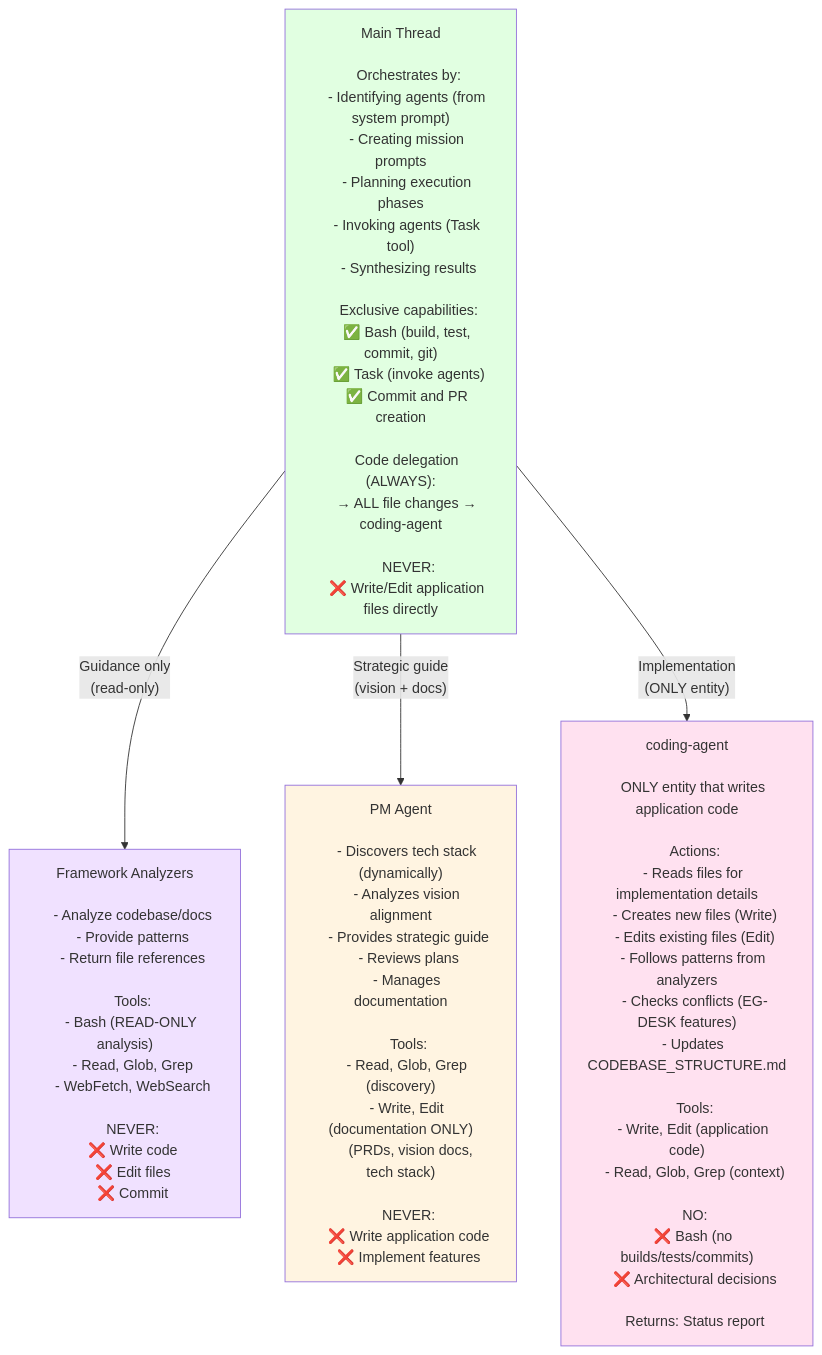
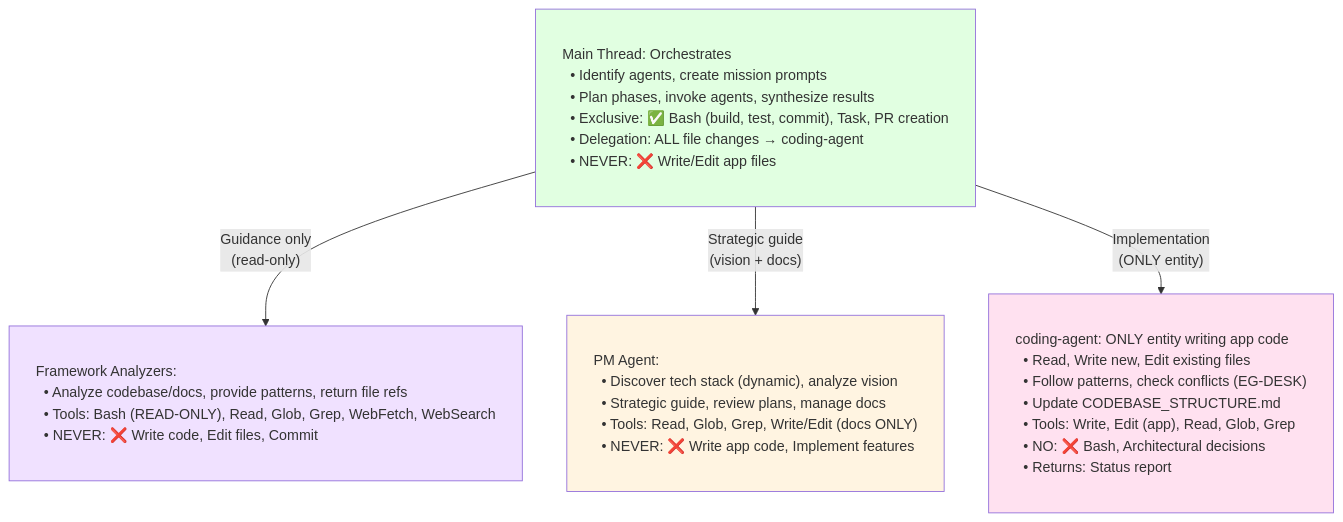
Diagram 12 of 31 in AGENT_SWARM_FLOW_VISUAL.md (QUUS-TheSmallCodeTeam/theia-fork), drawn with Mermaid before and after one commit. The commit also changed other lines of this file, not shown here.

First line of the commit message:
feat: redesign all mermaid diagrams with vertical flow and left-aligned text

````diff
--- a/AGENT_SWARM_FLOW_VISUAL.md
+++ b/AGENT_SWARM_FLOW_VISUAL.md
@@ -1270,82 +1107,39 @@
 ```mermaid
 flowchart TD
-    MT["Main Thread
+    classDef wideBox padding:12px 20px,text-align:left,white-space:pre;
+    classDef wideDecision padding:12px 20px,text-align:left,white-space:pre;
 
-    Orchestrates by:
-    - Identifying agents (from system prompt)
-    - Creating mission prompts
-    - Planning execution phases
-    - Invoking agents (Task tool)
-    - Synthesizing results
+    MT["Main Thread: Orchestrates
+  • Identify agents, create mission prompts
+  • Plan phases, invoke agents, synthesize results
+  • Exclusive: ✅ Bash (build, test, commit), Task, PR creation
+  • Delegation: ALL file changes → coding-agent
+  • NEVER: ❌ Write/Edit app files"]:::wideBox
 
-    Exclusive capabilities:
-    ✅ Bash (build, test, commit, git)
-    ✅ Task (invoke agents)
-    ✅ Commit and PR creation
+    MT -->|"Guidance only
+(read-only)"| Analyzers["Framework Analyzers:
+  • Analyze codebase/docs, provide patterns, return file refs
+  • Tools: Bash (READ-ONLY), Read, Glob, Grep, WebFetch, WebSearch
+  • NEVER: ❌ Write code, Edit files, Commit"]:::wideBox
 
-    Code delegation (ALWAYS):
-    → ALL file changes → coding-agent
+    MT -->|"Strategic guide
+(vision + docs)"| PM["PM Agent:
+  • Discover tech stack (dynamic), analyze vision
+  • Strategic guide, review plans, manage docs
+  • Tools: Read, Glob, Grep, Write/Edit (docs ONLY)
+  • NEVER: ❌ Write app code, Implement features"]:::wideBox
 
-    NEVER:
-    ❌ Write/Edit application files directly"]
-
-    MT -->|"Guidance only<br/>(read-only)"| Analyzers["Framework Analyzers
-
-    - Analyze codebase/docs
-    - Provide patterns
-    - Return file references
-
-    Tools:
-    - Bash (READ-ONLY analysis)
-    - Read, Glob, Grep
-    - WebFetch, WebSearch
-
-    NEVER:
-    ❌ Write code
-    ❌ Edit files
-    ❌ Commit"]
-
-    MT -->|"Strategic guide<br/>(vision + docs)"| PM["PM Agent
-
-    - Discovers tech stack (dynamically)
-    - Analyzes vision alignment
-    - Provides strategic guide
-    - Reviews plans
-    - Manages documentation
-
-    Tools:
-    - Read, Glob, Grep (discovery)
-    - Write, Edit (documentation ONLY)
-      (PRDs, vision docs, tech stack)
-
-    NEVER:
-    ❌ Write application code
-    ❌ Implement features"]
-
-    MT -->|"Implementation<br/>(ONLY entity)"| Coding["coding-agent
-
-    ONLY entity that writes application code
-
-    Actions:
-    - Reads files for implementation details
-    - Creates new files (Write)
-    - Edits existing files (Edit)
-    - Follows patterns from analyzers
-    - Checks conflicts (EG-DESK features)
-    - Updates CODEBASE_STRUCTURE.md
-
-    Tools:
-    - Write, Edit (application code)
-    - Read, Glob, Grep (context)
-
-    NO:
-    ❌ Bash (no builds/tests/commits)
-    ❌ Architectural decisions
-
-    Returns: Status report"]
+    MT -->|"Implementation
+(ONLY entity)"| Coding["coding-agent: ONLY entity writing app code
+  • Read, Write new, Edit existing files
+  • Follow patterns, check conflicts (EG-DESK)
+  • Update CODEBASE_STRUCTURE.md
+  • Tools: Write, Edit (app), Read, Glob, Grep
+  • NO: ❌ Bash, Architectural decisions
+  • Returns: Status report"]:::wideBox
 
     style MT fill:#e1ffe1
     style Analyzers fill:#f0e1ff
     style PM fill:#fff4e1
     style Coding fill:#ffe1f0
 ```
````
